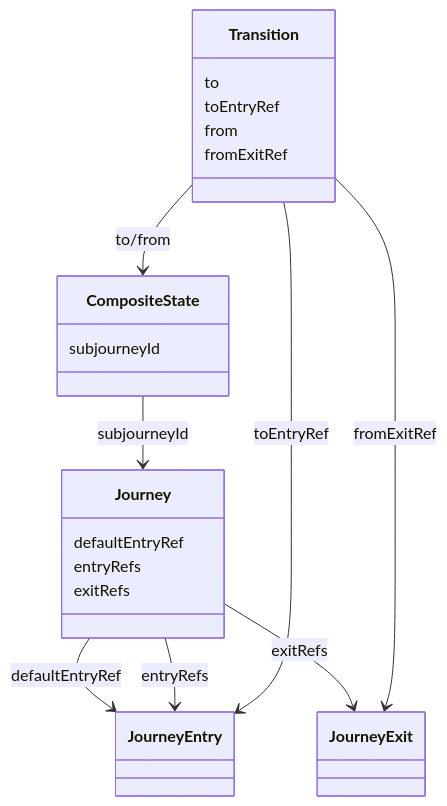
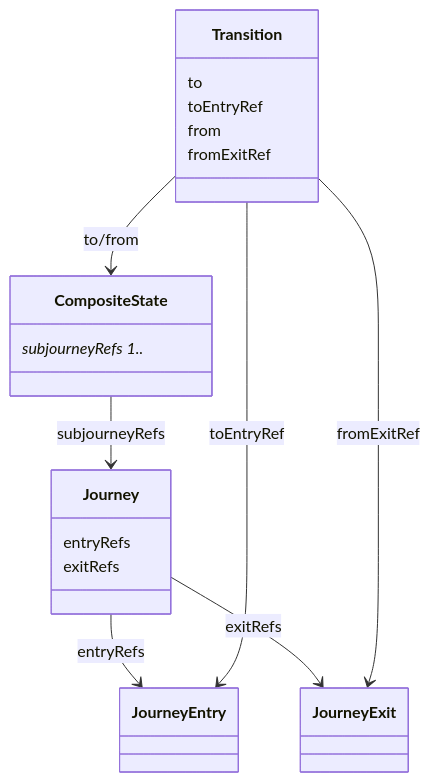
Before and after one commit to openuji/spec-ujg: the tenth of 13 diagrams in specs/ed/graph/index.md, drawn with Mermaid. The commit also changed other lines of this file and 45 other files, not shown here.

Commit message:
add composite state multiple journey options

````diff
--- a/specs/ed/graph/index.md
+++ b/specs/ed/graph/index.md
@@ -645,27 +763,25 @@
 ```mermaid
 classDiagram
   class CompositeState {
-    subjourneyId
+    subjourneyRefs 1..*
   }
   class Journey {
-    defaultEntryRef
     entryRefs
     exitRefs
   }
   class JourneyEntry
   class JourneyExit
   class Transition {
     to
     toEntryRef
     from
     fromExitRef
   }
 
-  CompositeState --> Journey : subjourneyId
-  Journey --> JourneyEntry : defaultEntryRef
+  CompositeState --> Journey : subjourneyRefs
   Journey --> JourneyEntry : entryRefs
   Journey --> JourneyExit : exitRefs
   Transition --> CompositeState : to/from
   Transition --> JourneyEntry : toEntryRef
   Transition --> JourneyExit : fromExitRef
 ```
````
